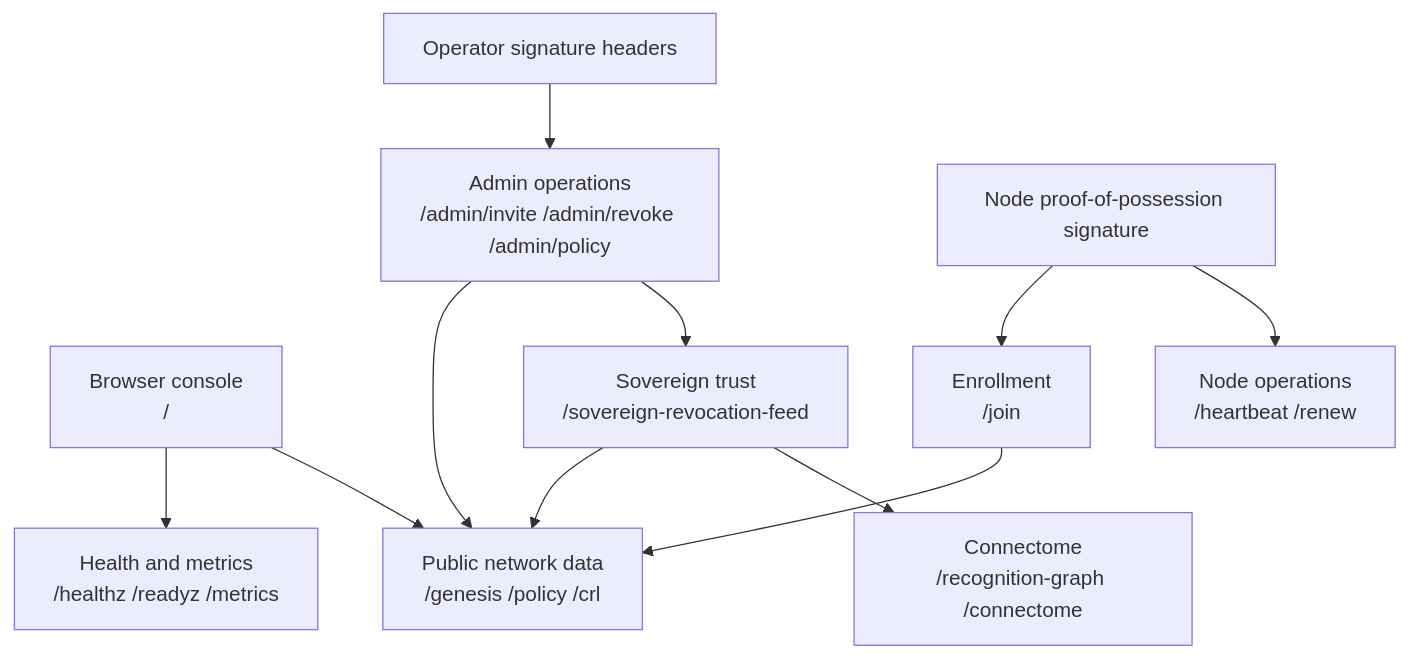
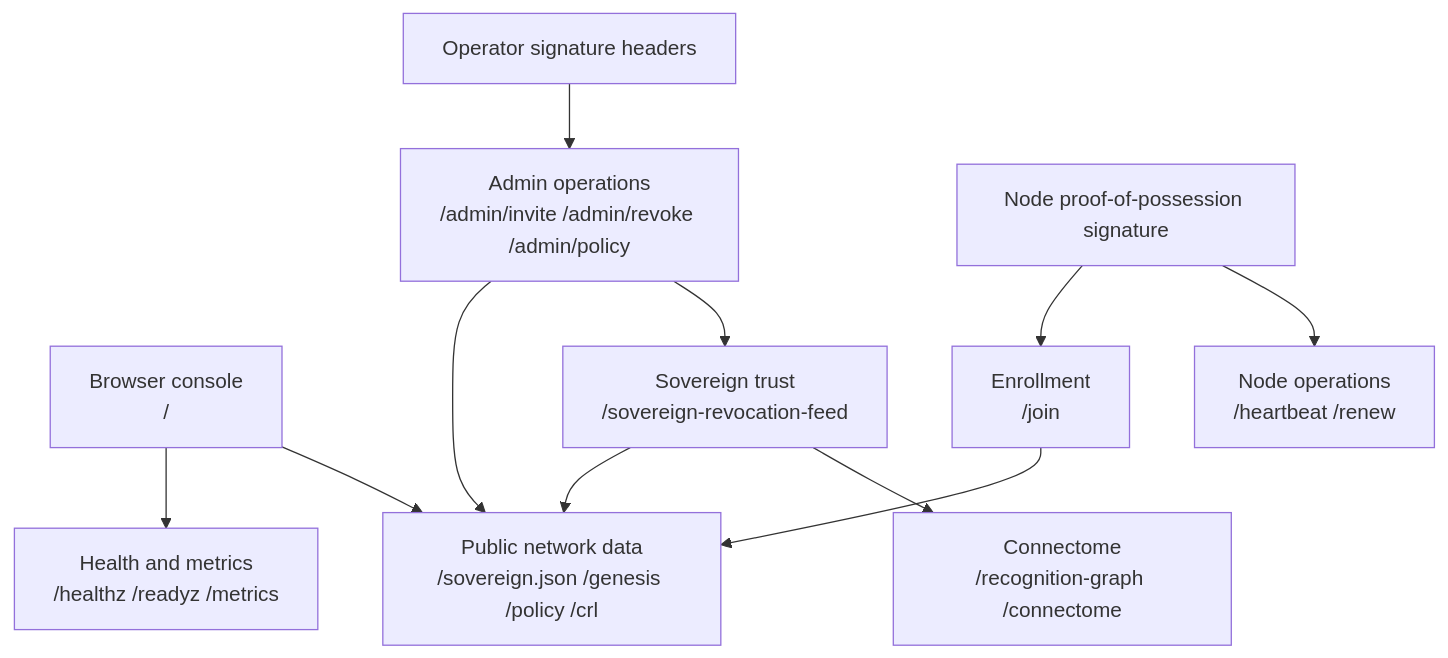
One commit to GenesisMeshLabs/genesismesh changed the diagram in docs/reference/network-authority-api.md. Above: the diagram before and after it, drawn with Mermaid. The commit also changed other lines of this file and 13 other files, not shown here.

````diff
--- a/docs/reference/network-authority-api.md
+++ b/docs/reference/network-authority-api.md
@@ -6,24 +6,24 @@
 ```{mermaid}
 flowchart TB
     home["Browser console<br/>/"]
     health["Health and metrics<br/>/healthz /readyz /metrics"]
-    public["Public network data<br/>/genesis /policy /crl"]
+    public["Public network data<br/>/sovereign.json /genesis /policy /crl"]
     enrollment["Enrollment<br/>/join"]
     node_ops["Node operations<br/>/heartbeat /renew"]
     admin["Admin operations<br/>/admin/invite /admin/revoke /admin/policy"]
     sovereign["Sovereign trust<br/>/sovereign-revocation-feed"]
     connectome["Connectome<br/>/recognition-graph /connectome"]
     auth["Operator signature headers"]
     node_sig["Node proof-of-possession signature"]
 
     auth --> admin
     node_sig --> enrollment
     node_sig --> node_ops
     home --> health
     home --> public
     enrollment --> public
     admin --> public
     admin --> sovereign
     sovereign --> public
     sovereign --> connectome
 ```
````
